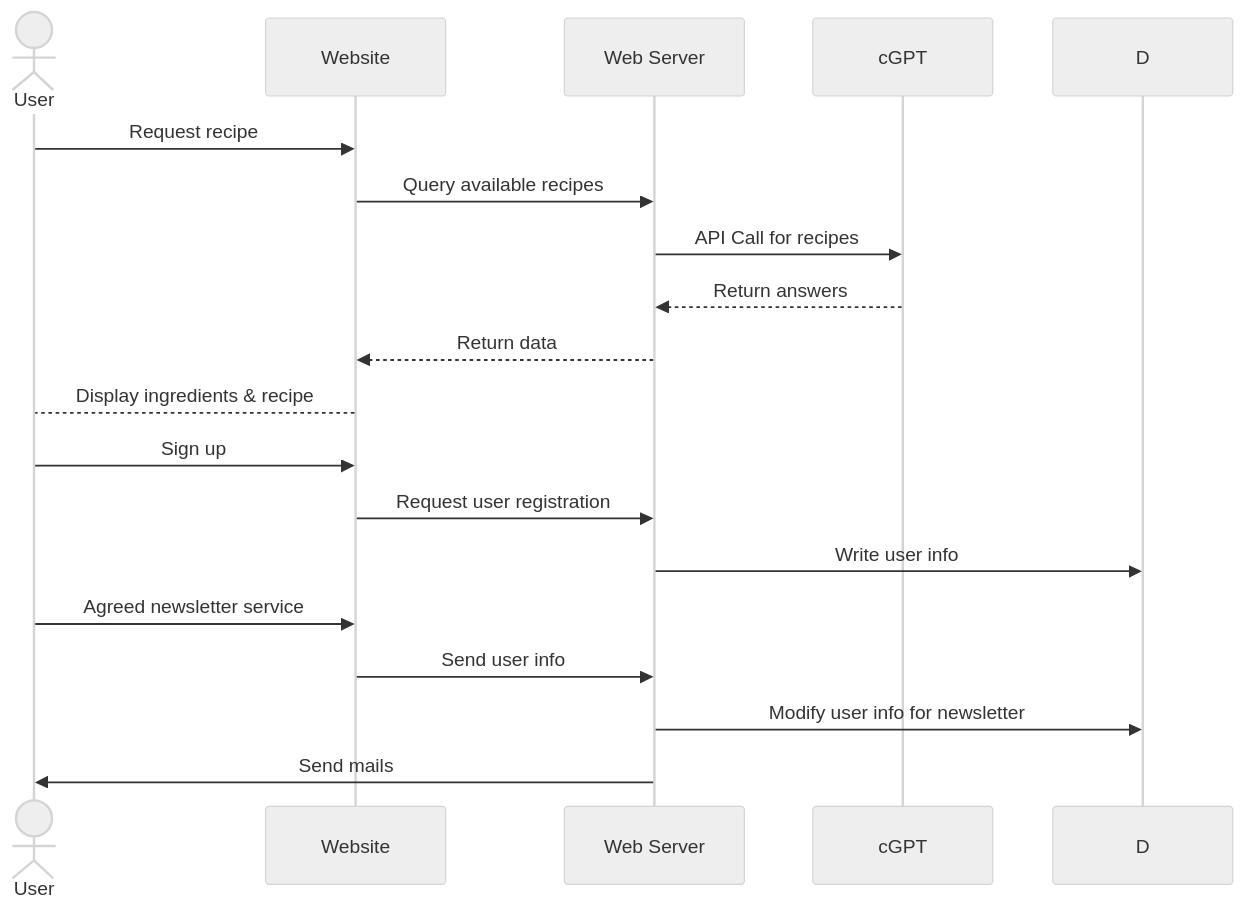
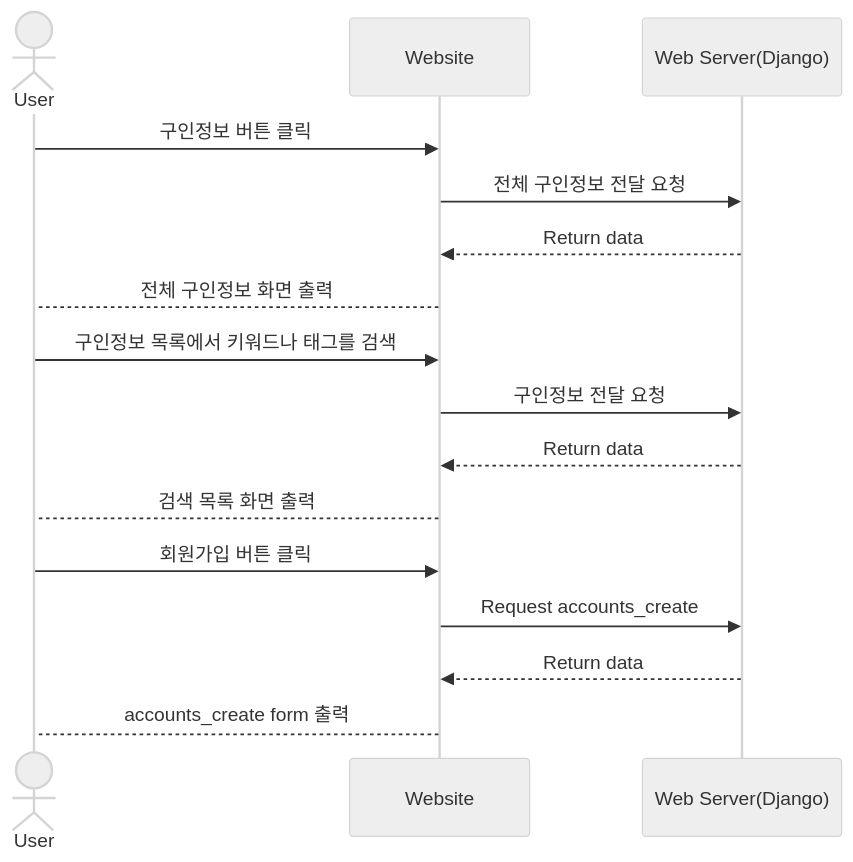
One commit to northeast23/djangojobs changed the first of 2 diagrams in README.md. Above: the diagram before and after it, drawn with Mermaid (neutral theme). The commit also changed other lines of this file, not shown here.

````diff
--- a/README.md
+++ b/README.md
@@ -91,22 +91,19 @@
 ```mermaid
 sequenceDiagram
     actor U as User    
     participant W as Website
-    participant S as Web Server
+    participant S as Web Server(Django)
 
-    U->>W: Request recipe
-    W->>S: Query available recipes
-    S->>cGPT: API Call for recipes
-    cGPT-->>S: Return answers
+    U->>W: 구인정보 버튼 클릭
+    W->>S: 전체 구인정보 전달 요청
     S-->>W: Return data
-    W-->U: Display ingredients & recipe
-    
-    U->>W: Sign up
-    W->>S: Request user registration
-    S->>D: Write user info
-
-    U->>W: Agreed newsletter service
-    W->>S: Send user info 
-    S->>D: Modify user info for newsletter
-    S->>U: Send mails 
+    W-->U: 전체 구인정보 화면 출력 
+    U->>W: 구인정보 목록에서 키워드나 태그를 검색 
+    W->>S: 구인정보 전달 요청
+    S-->>W: Return data
+    W-->U: 검색 목록 화면 출력     
+    U->>W: 회원가입 버튼 클릭 
+    W->>S: Request accounts_create
+    S-->>W: Return data
+    W-->U: accounts_create form 출력 
 ```
````
